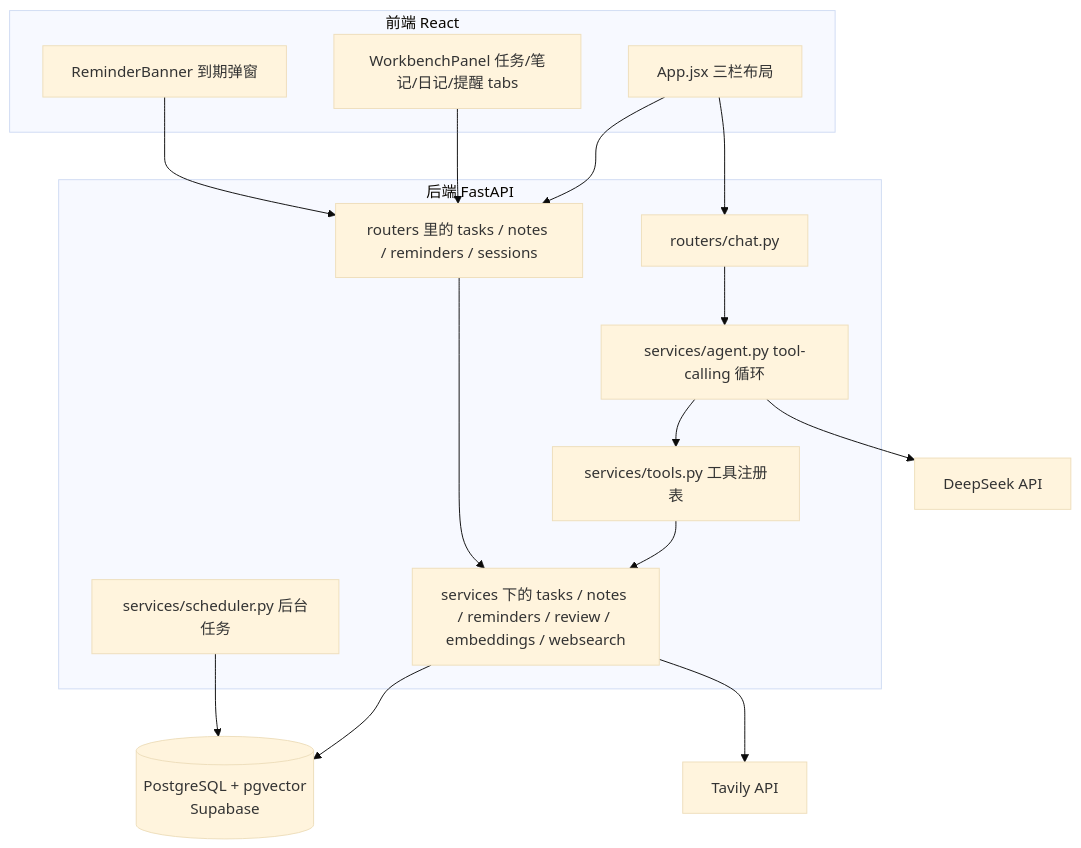
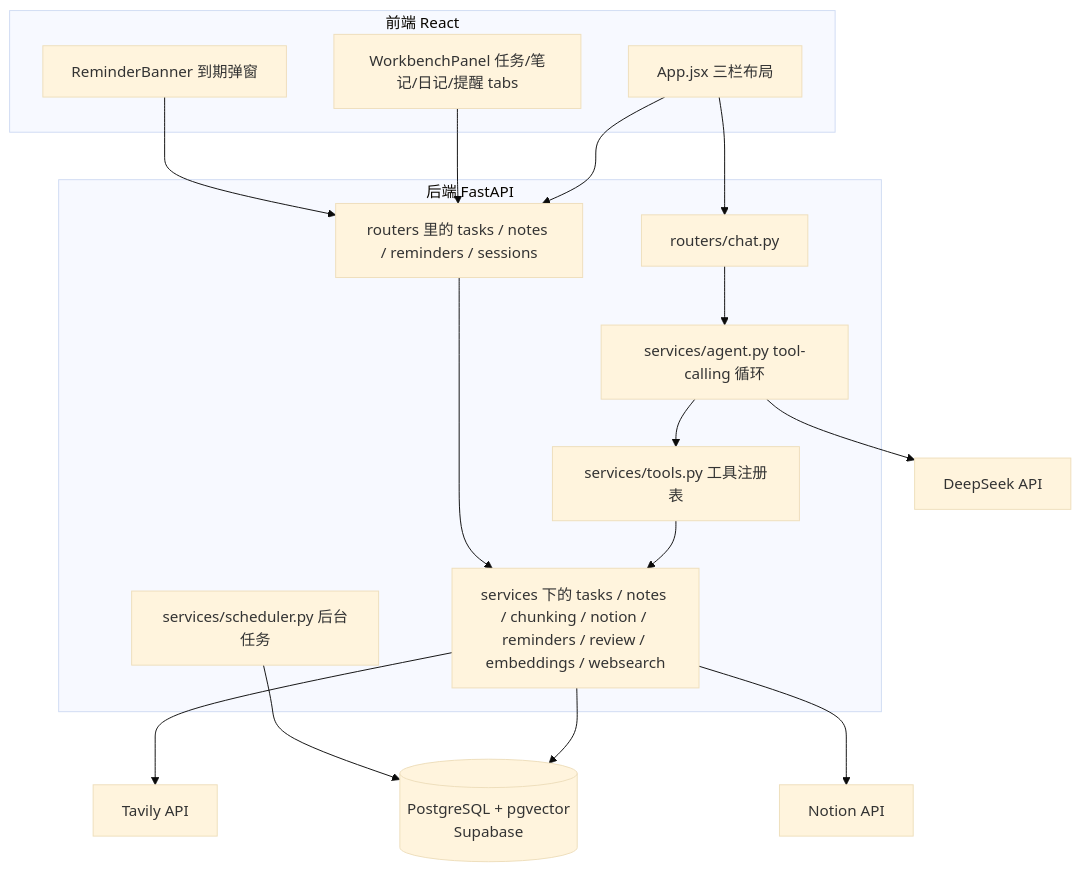
One commit to liou87/ai-chat changed the diagram in docs/ARCHITECTURE.md. Above: the diagram before and after it, drawn with Mermaid (base theme). The commit also changed other lines of this file and 7 other files, not shown here.

````diff
--- a/docs/ARCHITECTURE.md
+++ b/docs/ARCHITECTURE.md
@@ -33,35 +34,37 @@
 ```mermaid
 flowchart TB
     subgraph Frontend[前端 React]
         UI[App.jsx 三栏布局]
         WB[WorkbenchPanel 任务/笔记/日记/提醒 tabs]
         RB[ReminderBanner 到期弹窗]
     end
 
     subgraph Backend[后端 FastAPI]
         R1[routers/chat.py]
         R2[routers 里的 tasks / notes / reminders / sessions]
         AGENT[services/agent.py tool-calling 循环]
         TOOLS[services/tools.py 工具注册表]
-        SVC[services 下的 tasks / notes / reminders / review / embeddings / websearch]
+        SVC[services 下的 tasks / notes / chunking / notion / reminders / review / embeddings / websearch]
         SCHED[services/scheduler.py 后台任务]
     end
 
     DB[(PostgreSQL + pgvector<br/>Supabase)]
     DEEPSEEK[DeepSeek API]
     TAVILY[Tavily API]
+    NOTION[Notion API]
 
     UI --> R1
     UI --> R2
     WB --> R2
     RB --> R2
 
     R1 --> AGENT
     AGENT --> TOOLS
     TOOLS --> SVC
     AGENT --> DEEPSEEK
     SVC --> DB
     SVC --> TAVILY
+    SVC --> NOTION
     SCHED --> DB
     R2 --> SVC
 ```
````
